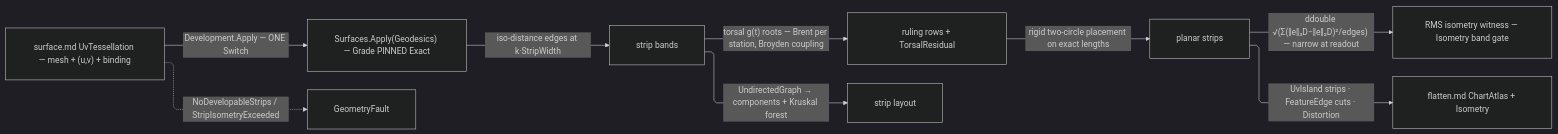
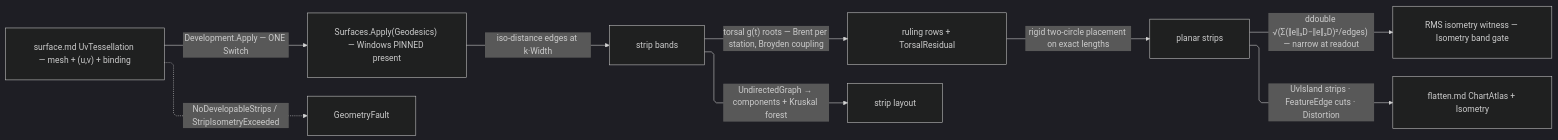
One commit to bsamiee/Rasm changed the diagram in libs/dotnet/Rasm/.planning/Parametric/develop.md. Above: the diagram before and after it, drawn with Mermaid (dark theme). The commit also changed other lines of this file and 47 other files, not shown here.

````diff
--- a/libs/dotnet/Rasm/.planning/Parametric/develop.md
+++ b/libs/dotnet/Rasm/.planning/Parametric/develop.md
@@ -146,20 +141,20 @@
 ```mermaid
 ---
 config:
   layout: elk
   flowchart:
     curve: linear
     padding: 25
 ---
 flowchart LR
     accTitle: Development strip pipeline
     accDescr: Development.Apply decomposes exact geodesic edges into strips, roots torsal rulings, unrolls rigidly under the ddouble witness, and emits the strip atlas through the flatten carrier.
-    UvT["surface.md UvTessellation — mesh + (u,v) + binding"] -->|"Development.Apply — ONE Switch"| Edges["Surfaces.Apply(Geodesics) — Grade PINNED Exact"]
-    Edges -->|"iso-distance edges at k·StripWidth"| Strips["strip bands"]
+    UvT["surface.md UvTessellation — mesh + (u,v) + binding"] -->|"Development.Apply — ONE Switch"| Edges["Surfaces.Apply(Geodesics) — Windows PINNED present"]
+    Edges -->|"iso-distance edges at k·Width"| Strips["strip bands"]
     Strips -->|"torsal g(t) roots — Brent per station, Broyden coupling"| Rulings["ruling rows + TorsalResidual"]
     Rulings -->|"rigid two-circle placement on exact lengths"| Unroll["planar strips"]
     Unroll -->|"ddouble √(Σ(‖e‖₃D−‖e‖₂D)²/edges) — narrow at readout"| Witness["RMS isometry witness — Isometry band gate"]
     Strips -->|"UndirectedGraph → components + Kruskal forest"| Layout["strip layout"]
     Unroll -->|"UvIsland strips · FeatureEdge cuts · Distortion"| AtlasOut["flatten.md ChartAtlas + Isometry"]
     UvT -.->|"NoDevelopableStrips / StripIsometryExceeded"| GeometryFault
 ```
````
